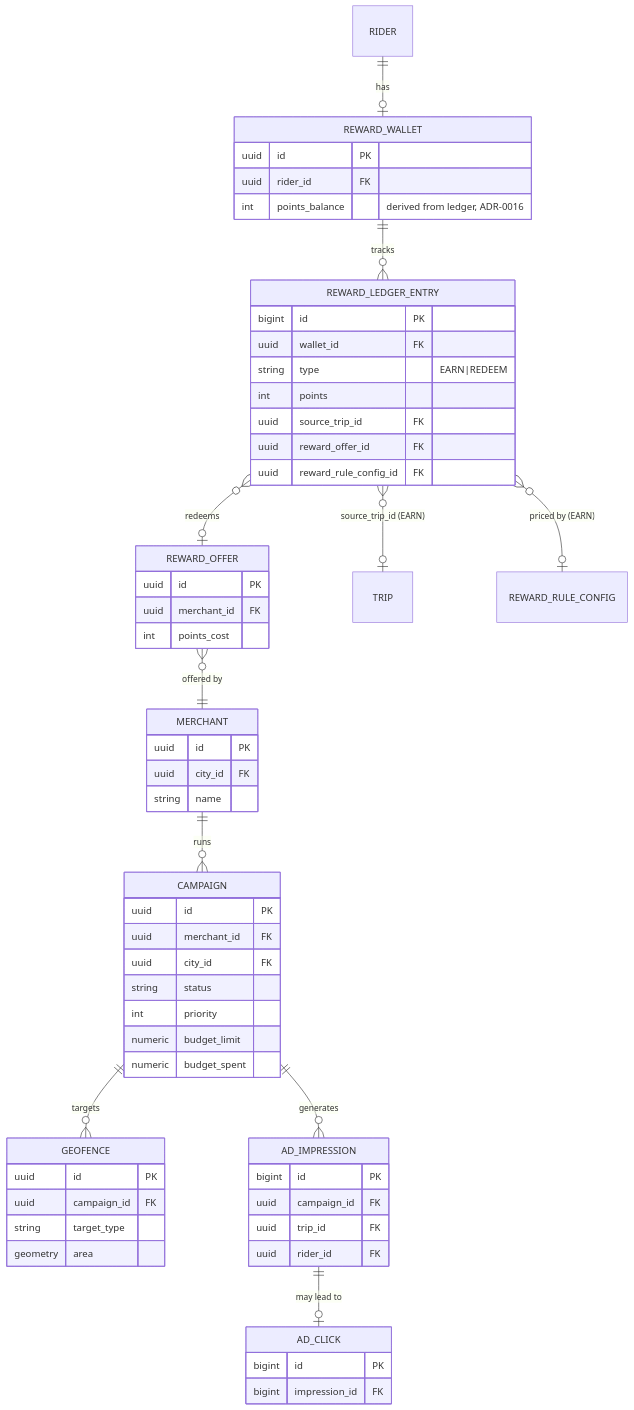
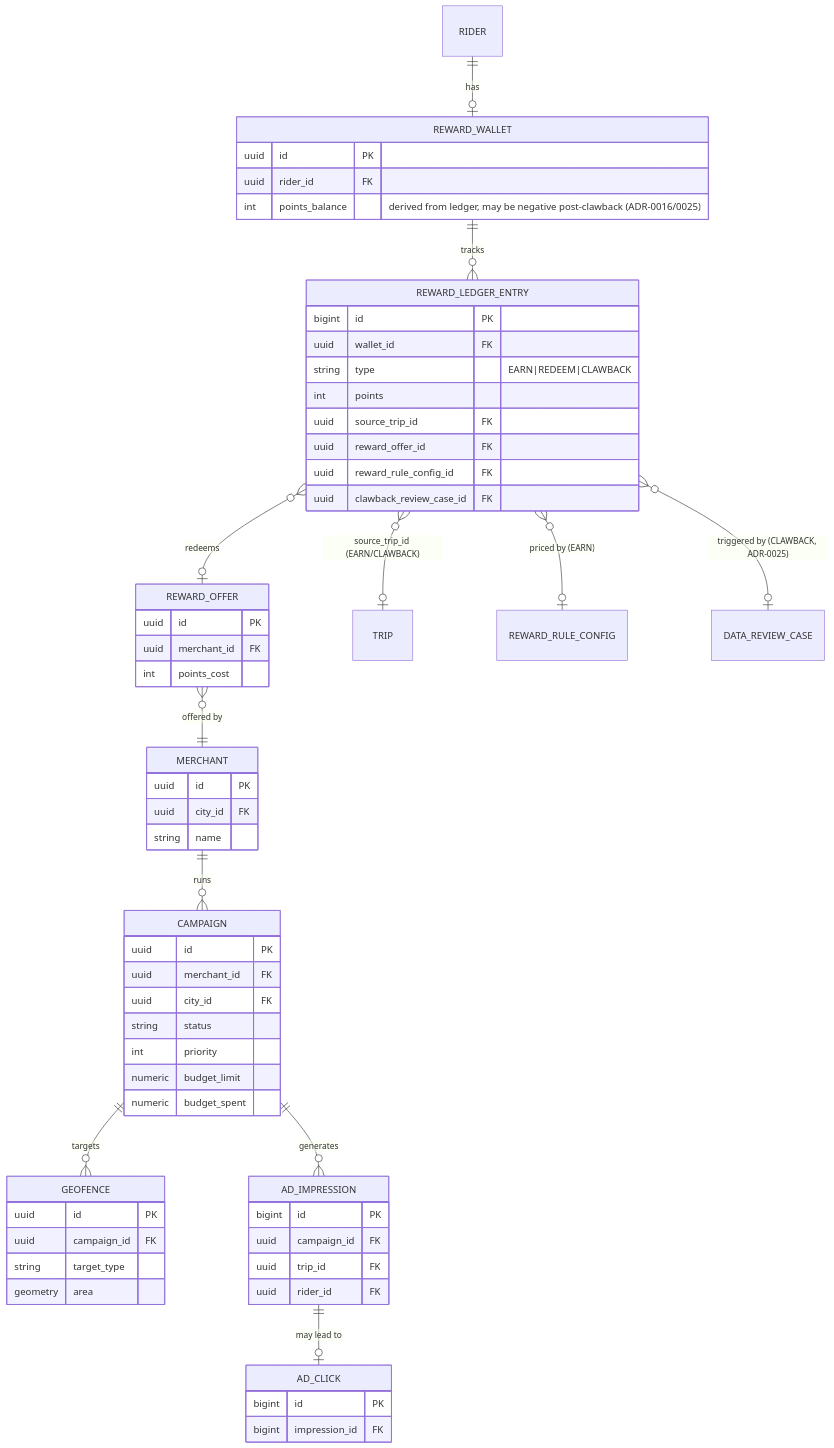
One commit to shadygad01/TaxiTawsila changed the third of 5 diagrams in docs/04-erd.md. Above: the diagram before and after it, drawn with Mermaid. The commit also changed other lines of this file and 17 other files, not shown here.

````diff
--- a/docs/04-erd.md
+++ b/docs/04-erd.md
@@ -179,71 +180,73 @@
 ```mermaid
 erDiagram
     RIDER ||--o| REWARD_WALLET : "has"
     REWARD_WALLET ||--o{ REWARD_LEDGER_ENTRY : "tracks"
     REWARD_LEDGER_ENTRY }o--o| REWARD_OFFER : "redeems"
-    REWARD_LEDGER_ENTRY }o--o| TRIP : "source_trip_id (EARN)"
+    REWARD_LEDGER_ENTRY }o--o| TRIP : "source_trip_id (EARN/CLAWBACK)"
     REWARD_LEDGER_ENTRY }o--o| REWARD_RULE_CONFIG : "priced by (EARN)"
+    REWARD_LEDGER_ENTRY }o--o| DATA_REVIEW_CASE : "triggered by (CLAWBACK, ADR-0025)"
     REWARD_OFFER }o--|| MERCHANT : "offered by"
 
     MERCHANT ||--o{ CAMPAIGN : "runs"
     CAMPAIGN ||--o{ GEOFENCE : "targets"
     CAMPAIGN ||--o{ AD_IMPRESSION : "generates"
     AD_IMPRESSION ||--o| AD_CLICK : "may lead to"
 
     REWARD_LEDGER_ENTRY {
         bigint id PK
         uuid wallet_id FK
-        string type "EARN|REDEEM"
+        string type "EARN|REDEEM|CLAWBACK"
         int points
         uuid source_trip_id FK
         uuid reward_offer_id FK
         uuid reward_rule_config_id FK
+        uuid clawback_review_case_id FK
     }
 
     REWARD_WALLET {
         uuid id PK
         uuid rider_id FK
-        int points_balance "derived from ledger, ADR-0016"
+        int points_balance "derived from ledger, may be negative post-clawback (ADR-0016/0025)"
     }
 
     REWARD_OFFER {
         uuid id PK
         uuid merchant_id FK
         int points_cost
     }
 
     MERCHANT {
         uuid id PK
         uuid city_id FK
         string name
     }
 
     CAMPAIGN {
         uuid id PK
         uuid merchant_id FK
         uuid city_id FK
         string status
         int priority
         numeric budget_limit
         numeric budget_spent
     }
 
     GEOFENCE {
         uuid id PK
         uuid campaign_id FK
         string target_type
         geometry area
     }
 
     AD_IMPRESSION {
         bigint id PK
         uuid campaign_id FK
         uuid trip_id FK
         uuid rider_id FK
     }
 
     AD_CLICK {
         bigint id PK
         bigint impression_id FK
     }
 ```
````
